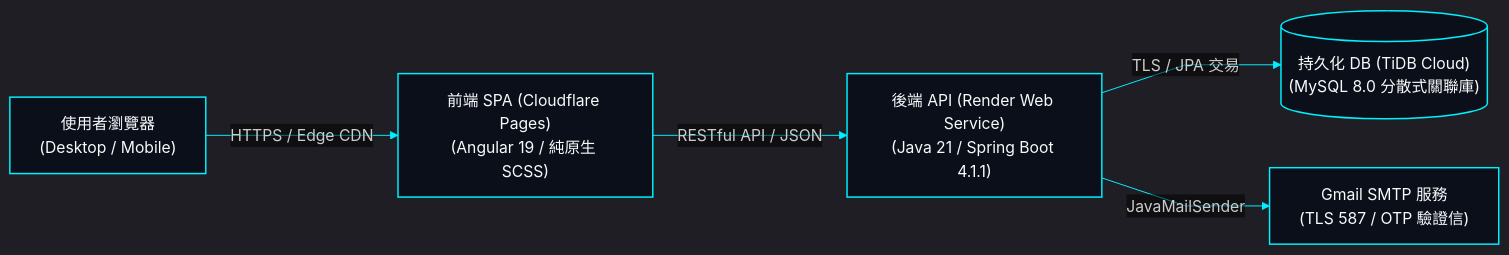
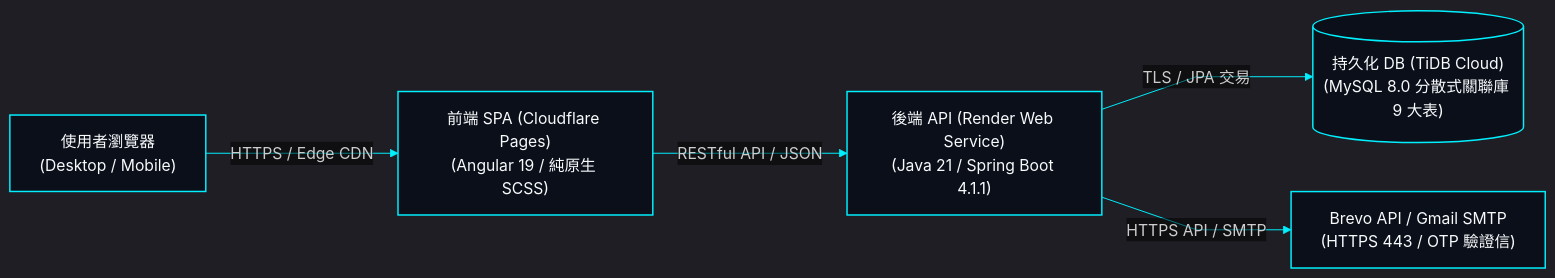
One commit to EricXJason/survey-flow changed the first of 3 diagrams in README.md. Above: the diagram before and after it, drawn with Mermaid. The commit also changed other lines of this file and 25 other files, not shown here.

````diff
--- a/README.md
+++ b/README.md
@@ -51,16 +56,16 @@
 ```mermaid
 %%{init: {'theme': 'dark', 'themeVariables': { 'darkMode': true, 'background': '#030712', 'primaryColor': '#0b0f19', 'primaryTextColor': '#f8fafc', 'primaryBorderColor': '#00f0ff', 'lineColor': '#00f0ff', 'edgeLabelBackground': 'transparent', 'fontFamily': 'system-ui, sans-serif' }, 'flowchart': { 'curve': 'linear' } }}%%
 flowchart LR
     classDef hudCard fill:#0b0f19,stroke:#00f0ff,stroke-width:1.5px,color:#f8fafc,rx:0px,ry:0px;
 
     Client["使用者瀏覽器<br/>(Desktop / Mobile)"]:::hudCard
     FE["前端 SPA (Cloudflare Pages)<br/>(Angular 19 / 純原生 SCSS)"]:::hudCard
     BE["後端 API (Render Web Service)<br/>(Java 21 / Spring Boot 4.1.1)"]:::hudCard
-    DB[("持久化 DB (TiDB Cloud)<br/>(MySQL 8.0 分散式關聯庫)")]:::hudCard
-    SMTP["Gmail SMTP 服務<br/>(TLS 587 / OTP 驗證信)"]:::hudCard
+    DB[("持久化 DB (TiDB Cloud)<br/>(MySQL 8.0 分散式關聯庫 9 大表)")]:::hudCard
+    Brevo["Brevo API / Gmail SMTP<br/>(HTTPS 443 / OTP 驗證信)"]:::hudCard
 
     Client -->|"HTTPS / Edge CDN"| FE
     FE -->|"RESTful API / JSON"| BE
     BE -->|"TLS / JPA 交易"| DB
-    BE -->|"JavaMailSender"| SMTP
+    BE -->|"HTTPS API / SMTP"| Brevo
 ```
````
